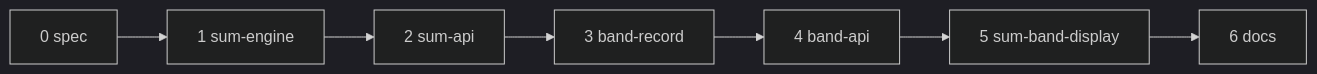
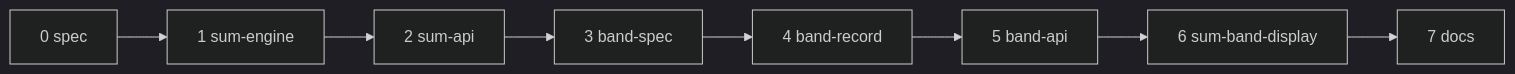
Before and after one commit to ScreamingFace/screamingface: the diagram in docs/plan/2026-10-16-e4b-signal-sums.md, drawn with Mermaid (dark theme). The commit also changed other lines of this file and 9 other files, not shown here.

````diff
--- a/docs/plan/2026-10-16-e4b-signal-sums.md
+++ b/docs/plan/2026-10-16-e4b-signal-sums.md
@@ -43,4 +51,4 @@
 ```mermaid
 flowchart LR
-    U0[0 spec] --> U1[1 sum-engine] --> U2[2 sum-api] --> U3[3 band-record] --> U4[4 band-api] --> U5[5 sum-band-display] --> U6[6 docs]
+    U0[0 spec] --> U1[1 sum-engine] --> U2[2 sum-api] --> U3[3 band-spec] --> U4[4 band-record] --> U5[5 band-api] --> U6[6 sum-band-display] --> U7[7 docs]
 ```
````
